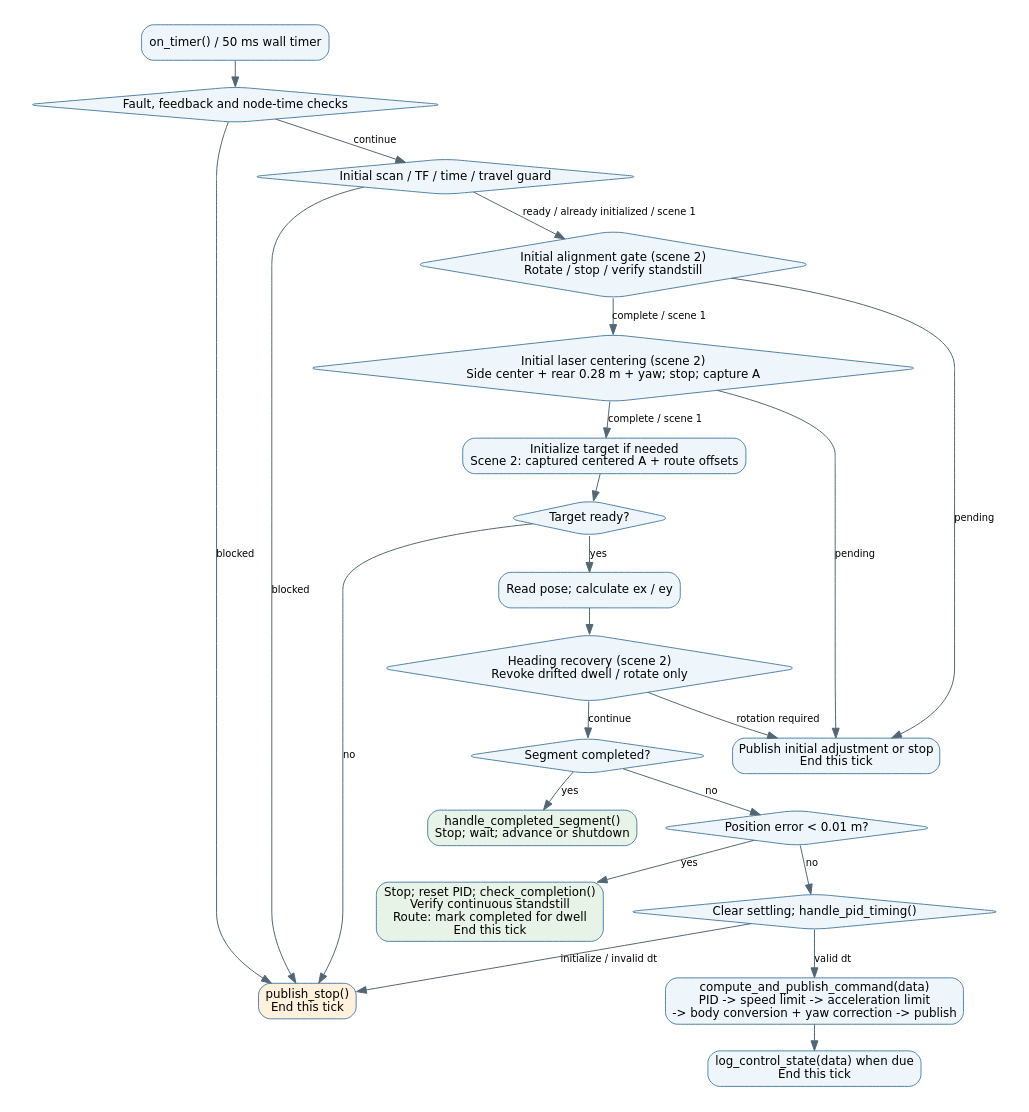
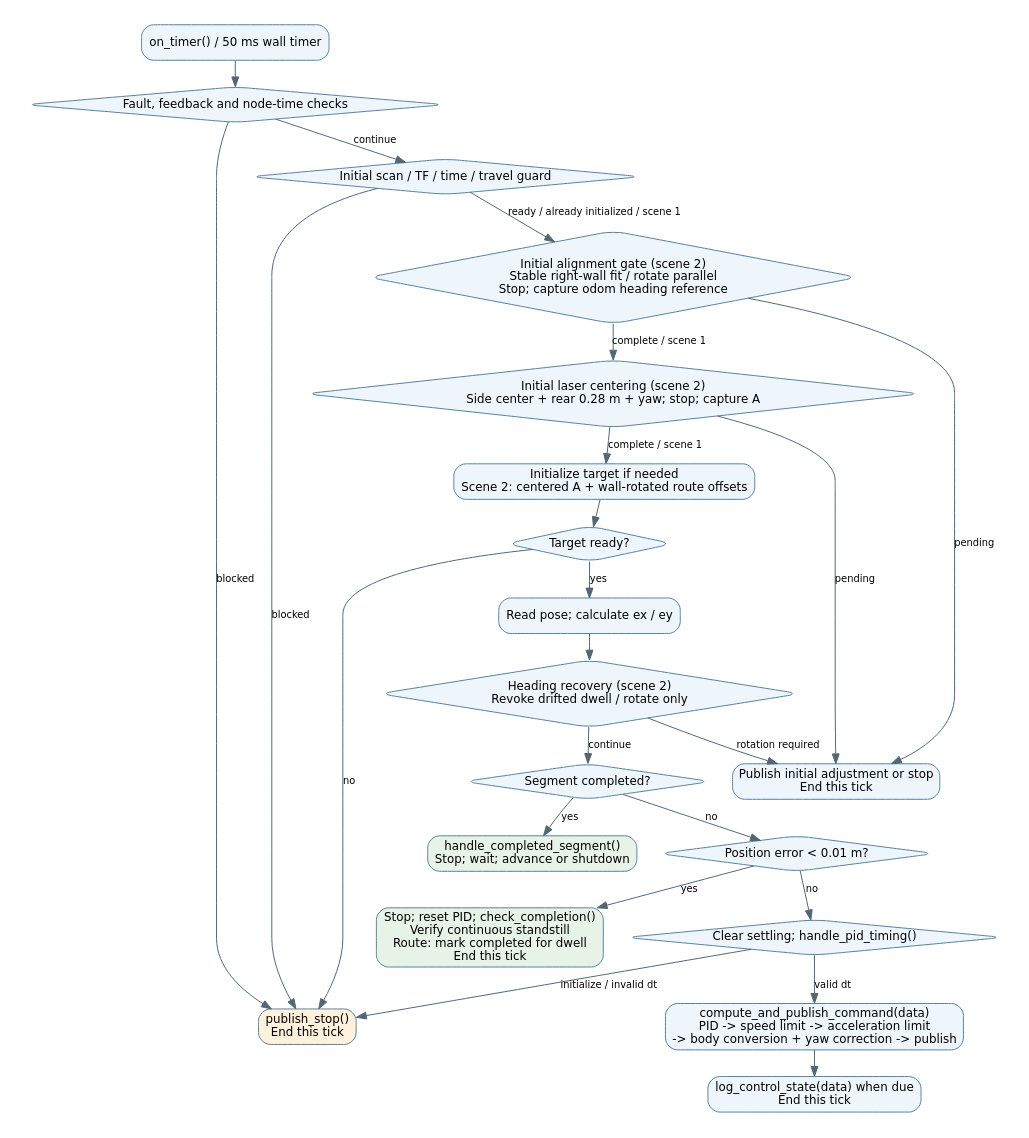
One commit to Cooper-Yu/distance_controller changed the diagram in docs/diagrams/control_flow.dot. Above: the diagram before and after it, drawn with Graphviz. The commit also changed 11 other files, not shown here.

Commit message:
Align scene 2 heading and route to the initial right wall

```diff
--- a/docs/diagrams/control_flow.dot
+++ b/docs/diagrams/control_flow.dot
@@ -1,45 +1,45 @@
 digraph control {
   graph [rankdir=TB, bgcolor="white", pad="0.25", nodesep="0.3", ranksep="0.35"];
   node [shape=box, style="rounded,filled", fillcolor="#eef6fc", color="#5182a5", fontname="DejaVu Sans", fontsize=12];
   edge [color="#526674", fontname="DejaVu Sans", fontsize=10];
   start [label="on_timer() / 50 ms wall timer"];
   guard [label="Fault, feedback and node-time checks",shape=diamond];
   stop [label="publish_stop()\nEnd this tick",fillcolor="#fff1dc"];
-  align [label="Initial alignment gate (scene 2)\nRotate / stop / verify standstill",shape=diamond];
+  align [label="Initial alignment gate (scene 2)\nStable right-wall fit / rotate parallel\nStop; capture odom heading reference",shape=diamond];
   recover [label="Heading recovery (scene 2)\nRevoke drifted dwell / rotate only",shape=diamond];
   rotate [label="Publish initial adjustment or stop\nEnd this tick"];
-  target [label="Initialize target if needed\nScene 2: captured centered A + route offsets"];
+  target [label="Initialize target if needed\nScene 2: centered A + wall-rotated route offsets"];
   valid [label="Target ready?",shape=diamond];
   errors [label="Read pose; calculate ex / ey"];
   done [label="Segment completed?",shape=diamond];
   dwell [label="handle_completed_segment()\nStop; wait; advance or shutdown",fillcolor="#e7f3e6"];
   near [label="Position error < 0.01 m?",shape=diamond];
   settle [label="Stop; reset PID; check_completion()\nVerify continuous standstill\nRoute: mark completed for dwell\nEnd this tick",fillcolor="#e7f3e6"];
   timing [label="Clear settling; handle_pid_timing()",shape=diamond];
   compute [label="compute_and_publish_command(data)\nPID -> speed limit -> acceleration limit\n-> body conversion + yaw correction -> publish"];
   log [label="log_control_state(data) when due\nEnd this tick"];
   start -> guard;
   guard -> stop [label="blocked"];
   scan [label="Initial scan / TF / time / travel guard",shape=diamond];
   center [label="Initial laser centering (scene 2)\nSide center + rear 0.28 m + yaw; stop; capture A",shape=diamond];
   guard -> scan [label="continue"];
   scan -> stop [label="blocked"];
   scan -> align [label="ready / already initialized / scene 1"];
   align -> rotate [label="pending"];
   align -> center [label="complete / scene 1"];
   center -> rotate [label="pending"];
   center -> target [label="complete / scene 1"];
   target -> valid;
   valid -> stop [label="no"];
   valid -> errors [label="yes"];
   errors -> recover;
   recover -> rotate [label="rotation required"];
   recover -> done [label="continue"];
   done -> dwell [label="yes"];
   done -> near [label="no"];
   near -> settle [label="yes"];
   near -> timing [label="no"];
   timing -> stop [label="initialize / invalid dt"];
   timing -> compute [label="valid dt"];
   compute -> log;
 }
```
